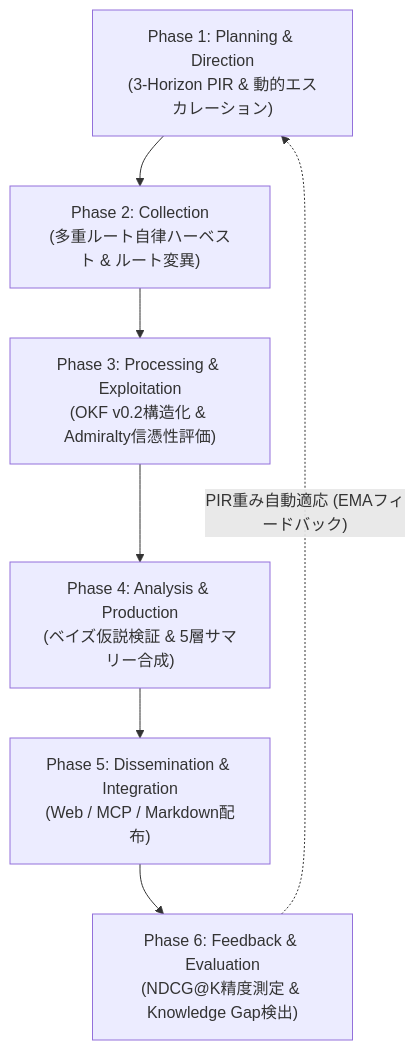
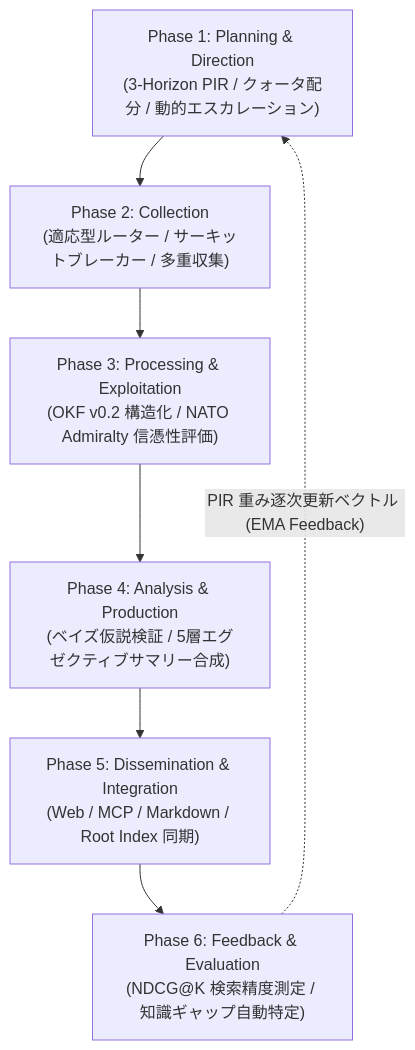
The first of 3 diagrams in docs/designs/DSN-15-closed_loop_intelligence_system.md (rokujyouhitoma/arxiv-security-papers), drawn with Mermaid before and after one commit. The commit also changed other lines of this file, not shown here.

````diff
--- a/docs/designs/DSN-15-closed_loop_intelligence_system.md
+++ b/docs/designs/DSN-15-closed_loop_intelligence_system.md
@@ -50,9 +61,9 @@
 ```mermaid
-graph TD
-    P1["Phase 1: Planning & Direction<br/>(3-Horizon PIR & 動的エスカレーション)"] --> P2["Phase 2: Collection<br/>(多重ルート自律ハーベスト & ルート変異)"]
-    P2 --> P3["Phase 3: Processing & Exploitation<br/>(OKF v0.2構造化 & Admiralty信憑性評価)"]
-    P3 --> P4["Phase 4: Analysis & Production<br/>(ベイズ仮説検証 & 5層サマリー合成)"]
-    P4 --> P5["Phase 5: Dissemination & Integration<br/>(Web / MCP / Markdown配布)"]
-    P5 --> P6["Phase 6: Feedback & Evaluation<br/>(NDCG@K精度測定 & Knowledge Gap検出)"]
-    P6 -.->|"PIR重み自動適応 (EMAフィードバック)"| P1
+flowchart TD
+    P1["Phase 1: Planning & Direction<br/>(3-Horizon PIR / クォータ配分 / 動的エスカレーション)"] --> P2["Phase 2: Collection<br/>(適応型ルーター / サーキットブレーカー / 多重収集)"]
+    P2 --> P3["Phase 3: Processing & Exploitation<br/>(OKF v0.2 構造化 / NATO Admiralty 信憑性評価)"]
+    P3 --> P4["Phase 4: Analysis & Production<br/>(ベイズ仮説検証 / 5層エグゼクティブサマリー合成)"]
+    P4 --> P5["Phase 5: Dissemination & Integration<br/>(Web / MCP / Markdown / Root Index 同期)"]
+    P5 --> P6["Phase 6: Feedback & Evaluation<br/>(NDCG@K 検索精度測定 / 知識ギャップ自動特定)"]
+    P6 -.->|"PIR 重み逐次更新ベクトル (EMA Feedback)"| P1
 ```
````
